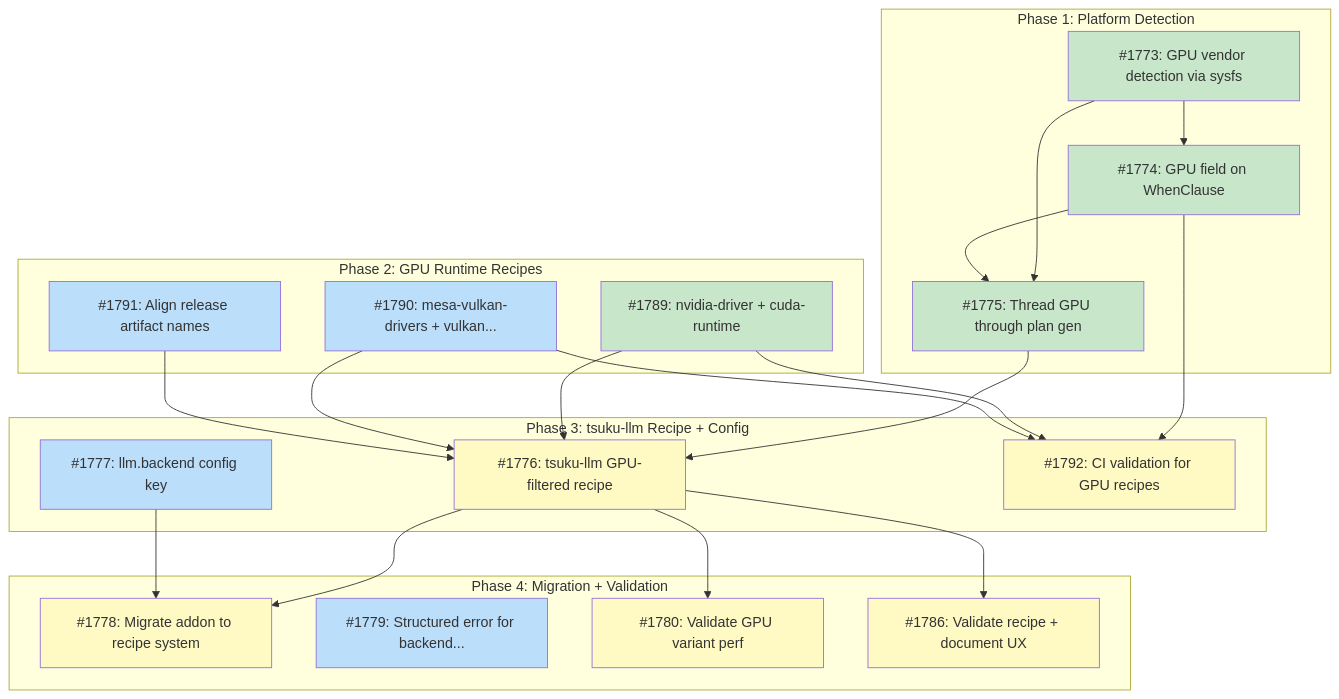
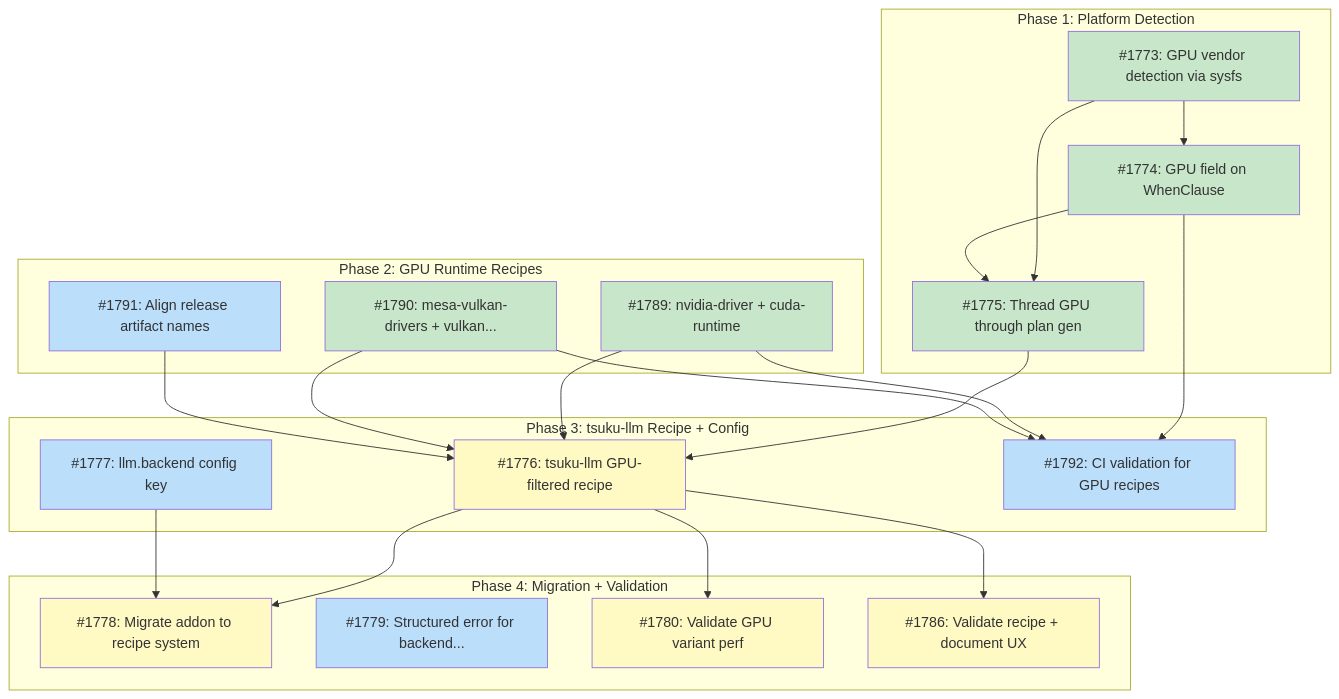
Before and after one commit to tsukumogami/tsuku: the diagram in docs/designs/DESIGN-gpu-backend-selection.md, drawn with Mermaid. The commit also changed other lines of this file and 5 other files, not shown here.

````diff
--- a/docs/designs/DESIGN-gpu-backend-selection.md
+++ b/docs/designs/DESIGN-gpu-backend-selection.md
@@ -72,52 +72,52 @@
 ```mermaid
 graph TD
     subgraph Phase1["Phase 1: Platform Detection"]
         I1773["#1773: GPU vendor detection via sysfs"]
         I1774["#1774: GPU field on WhenClause"]
         I1775["#1775: Thread GPU through plan gen"]
     end
 
     subgraph Phase2["Phase 2: GPU Runtime Recipes"]
         I1789["#1789: nvidia-driver + cuda-runtime"]
         I1790["#1790: mesa-vulkan-drivers + vulkan..."]
         I1791["#1791: Align release artifact names"]
     end
 
     subgraph Phase3["Phase 3: tsuku-llm Recipe + Config"]
         I1776["#1776: tsuku-llm GPU-filtered recipe"]
         I1777["#1777: llm.backend config key"]
         I1792["#1792: CI validation for GPU recipes"]
     end
 
     subgraph Phase4["Phase 4: Migration + Validation"]
         I1778["#1778: Migrate addon to recipe system"]
         I1779["#1779: Structured error for backend..."]
         I1780["#1780: Validate GPU variant perf"]
         I1786["#1786: Validate recipe + document UX"]
     end
 
     I1773 --> I1774
     I1773 --> I1775
     I1774 --> I1775
     I1774 --> I1792
     I1789 --> I1792
     I1790 --> I1792
     I1775 --> I1776
     I1789 --> I1776
     I1790 --> I1776
     I1791 --> I1776
     I1776 --> I1778
     I1777 --> I1778
     I1776 --> I1780
     I1776 --> I1786
 
     classDef done fill:#c8e6c9
     classDef ready fill:#bbdefb
     classDef blocked fill:#fff9c4
     classDef needsDesign fill:#e1bee7
     classDef tracksDesign fill:#FFE0B2,stroke:#F57C00,color:#000
 
-    class I1773,I1774,I1775,I1789 done
-    class I1777,I1779,I1790,I1791 ready
-    class I1776,I1778,I1780,I1786,I1792 blocked
+    class I1773,I1774,I1775,I1789,I1790 done
+    class I1777,I1779,I1791,I1792 ready
+    class I1776,I1778,I1780,I1786 blocked
 ```
````
